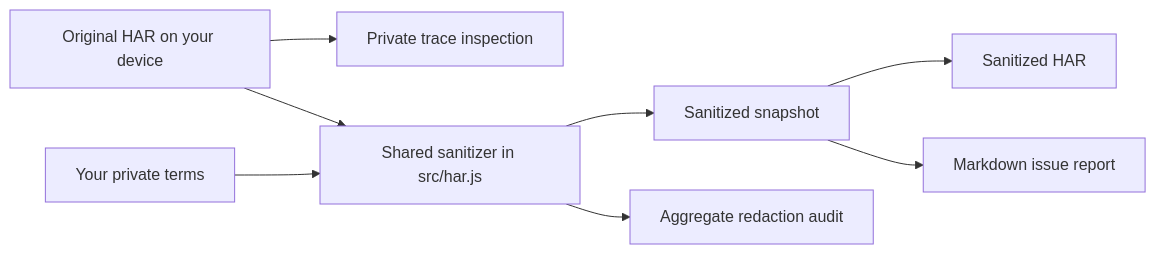
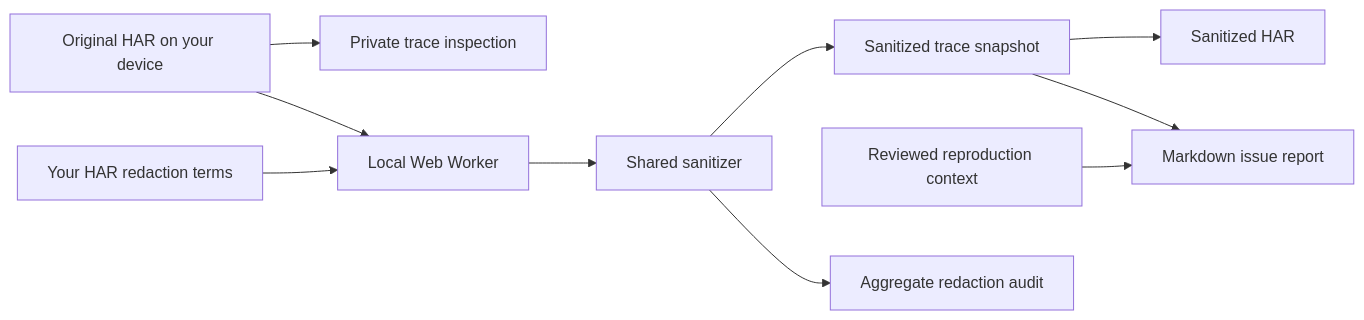
One commit to qsxustc/tracetidy changed the diagram in README.md. Above: the diagram before and after it, drawn with Mermaid. The commit also changed other lines of this file, not shown here.

Commit message:
Document the worker and authored report boundaries

````diff
--- a/README.md
+++ b/README.md
@@ -109,10 +109,12 @@
 ```mermaid
 flowchart LR
-  HAR[Original HAR on your device] --> Inspect[Private trace inspection]
-  HAR --> Core[Shared sanitizer in src/har.js]
-  Terms[Your private terms] --> Core
-  Core --> Snapshot[Sanitized snapshot]
-  Snapshot --> Safe[Sanitized HAR]
-  Snapshot --> Report[Markdown issue report]
-  Core --> Audit[Aggregate redaction audit]
+  HAR["Original HAR on your device"] --> Inspect["Private trace inspection"]
+  HAR --> Worker["Local Web Worker"]
+  Terms["Your HAR redaction terms"] --> Worker
+  Worker --> Core["Shared sanitizer"]
+  Core --> Snapshot["Sanitized trace snapshot"]
+  Snapshot --> Safe["Sanitized HAR"]
+  Snapshot --> Report["Markdown issue report"]
+  Author["Reviewed reproduction context"] --> Report
+  Core --> Audit["Aggregate redaction audit"]
 ```
````
